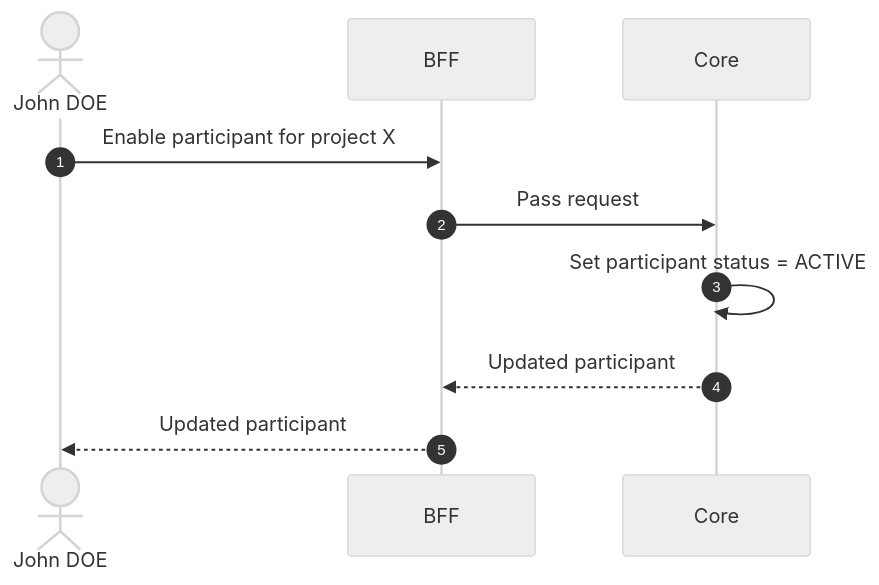
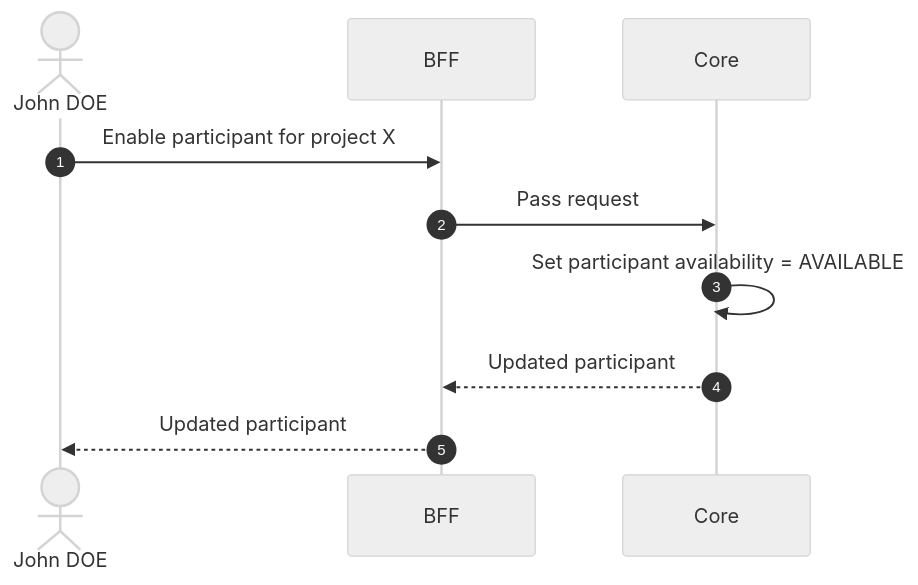
Before and after one commit to laucoin/my-project--documentation: the diagram in functional/features/enable-participant.md, drawn with Mermaid (neutral theme). The commit also changed 60 other files, not shown here.

````diff
--- a/functional/features/enable-participant.md
+++ b/functional/features/enable-participant.md
@@ -36,10 +36,10 @@
 ```mermaid
 sequenceDiagram
     autonumber
     actor John DOE
     John DOE ->> BFF: Enable participant for project X
     BFF ->> Core: Pass request
-    Core ->> Core: Set participant status = ACTIVE
+    Core ->> Core: Set participant availability = AVAILABLE
     Core -->> BFF: Updated participant
     BFF -->> John DOE: Updated participant
 ```
````
